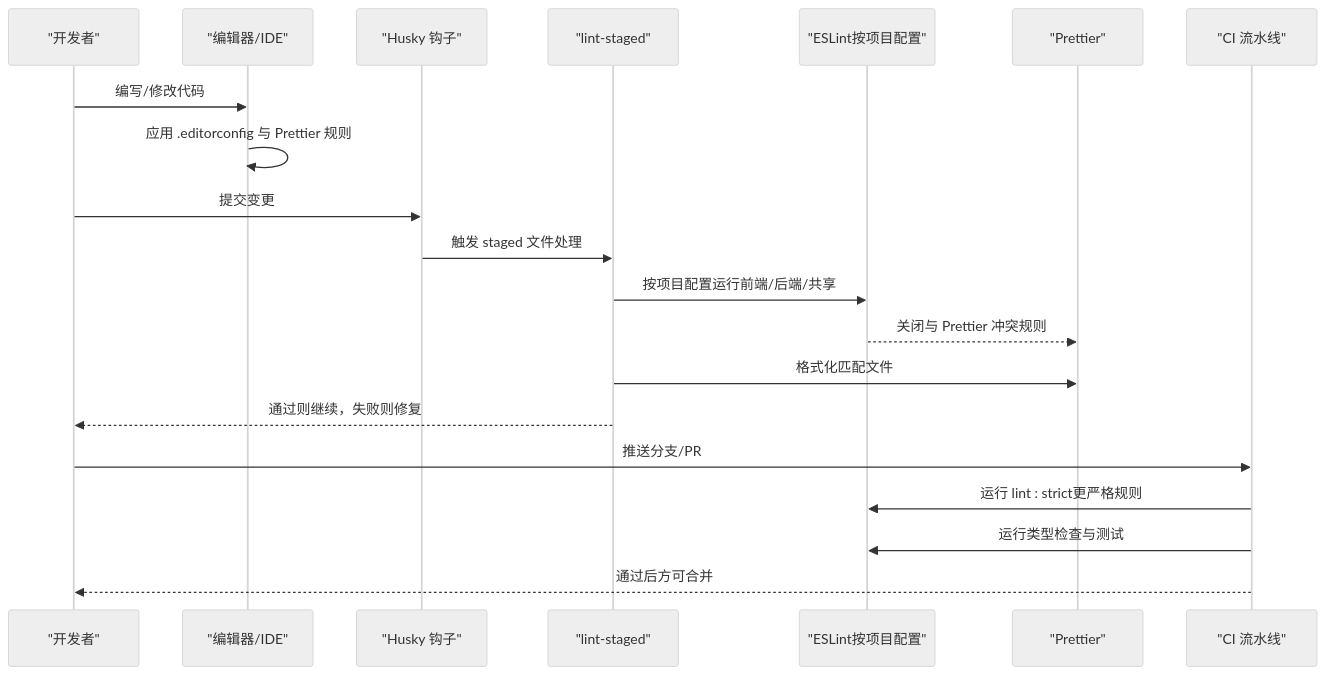
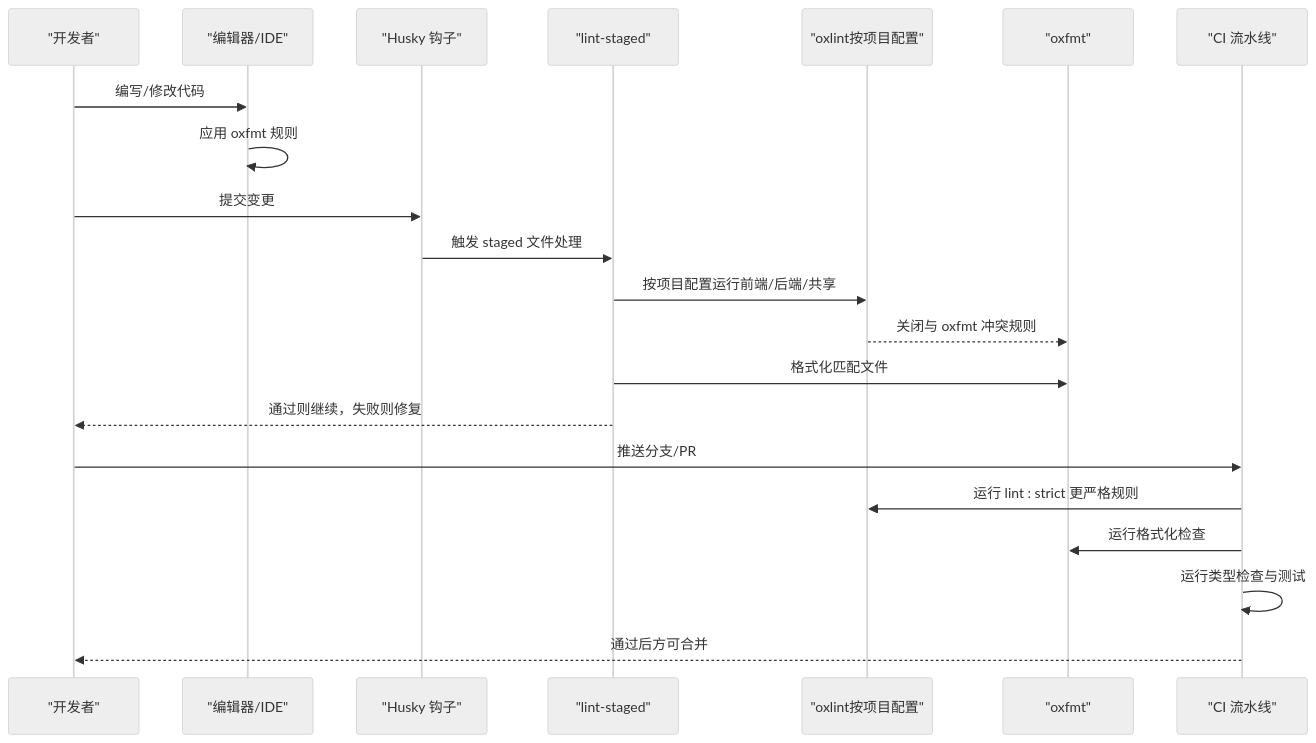
The second of 3 diagrams in .qoder/repowiki/zh/content/开发指南/代码规范与质量.md (xixixiaoyu/Todo), drawn with Mermaid (neutral theme) before and after one commit. The commit also changed other lines of this file and 6 other files, not shown here.

````diff
--- a/.qoder/repowiki/zh/content/开发指南/代码规范与质量.md
+++ b/.qoder/repowiki/zh/content/开发指南/代码规范与质量.md
@@ -117,22 +125,23 @@
 ```mermaid
 sequenceDiagram
 participant Dev as "开发者"
 participant Editor as "编辑器/IDE"
 participant Husky as "Husky 钩子"
 participant LintStaged as "lint-staged"
-participant ESLint as "ESLint按项目配置"
-participant Prettier as "Prettier"
+participant Oxlint as "oxlint按项目配置"
+participant Oxfmt as "oxfmt"
 participant CI as "CI 流水线"
 Dev->>Editor : 编写/修改代码
-Editor->>Editor : 应用 .editorconfig 与 Prettier 规则
+Editor->>Editor : 应用 oxfmt 规则
 Dev->>Husky : 提交变更
 Husky->>LintStaged : 触发 staged 文件处理
-LintStaged->>ESLint : 按项目配置运行前端/后端/共享
-ESLint-->>Prettier : 关闭与 Prettier 冲突规则
-LintStaged->>Prettier : 格式化匹配文件
+LintStaged->>Oxlint : 按项目配置运行前端/后端/共享
+Oxlint-->>Oxfmt : 关闭与 oxfmt 冲突规则
+LintStaged->>Oxfmt : 格式化匹配文件
 LintStaged-->>Dev : 通过则继续，失败则修复
 Dev->>CI : 推送分支/PR
-CI->>ESLint : 运行 lint : strict更严格规则
-CI->>ESLint : 运行类型检查与测试
+CI->>Oxlint : 运行 lint : strict 更严格规则
+CI->>Oxfmt : 运行格式化检查
+CI->>CI : 运行类型检查与测试
 CI-->>Dev : 通过后方可合并
 ```
````
